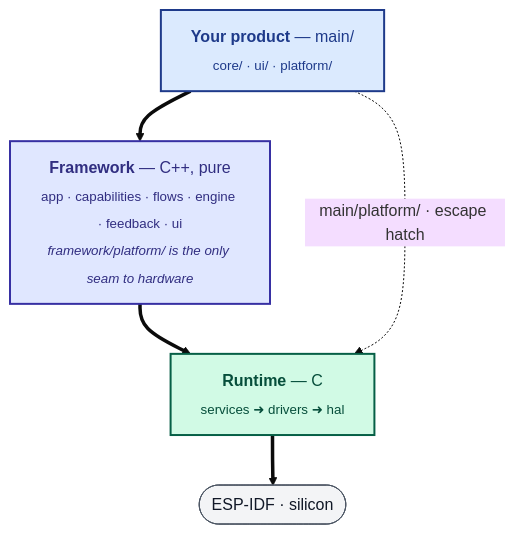
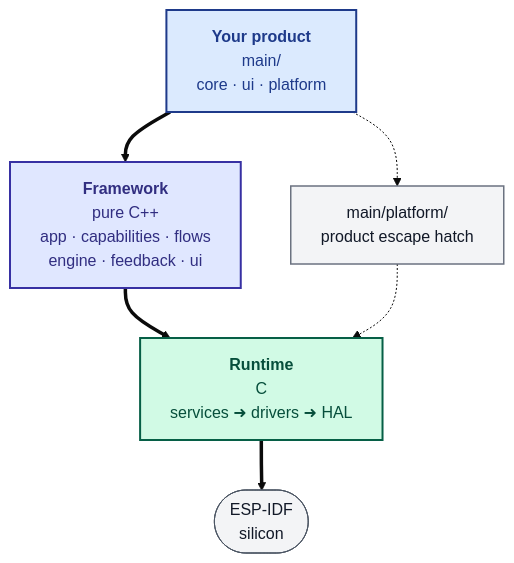
Before and after one commit to oguzkaganozt/blusys: the diagram in README.md, drawn with Mermaid (base theme).

Commit message:
docs: split escape hatch into its own node in architecture mermaid

````diff
--- a/README.md
+++ b/README.md
@@ -61,20 +61,24 @@
 ```mermaid
 flowchart TB
-    prod["<b>Your product</b> — main/<br/><sub>core/ · ui/ · platform/</sub>"]
-    fw["<b>Framework</b> — C++, pure<br/><sub>app · capabilities · flows · engine · feedback · ui</sub><br/><sub><i>framework/platform/ is the only seam to hardware</i></sub>"]
-    rt["<b>Runtime</b> — C<br/><sub>services ➜ drivers ➜ hal</sub>"]
-    idf([ESP-IDF · silicon])
+    prod["<b>Your product</b><br/>main/<br/>core · ui · platform"]
+    fw["<b>Framework</b><br/>pure C++<br/>app · capabilities · flows<br/>engine · feedback · ui"]
+    hatch["main/platform/<br/>product escape hatch"]
+    rt["<b>Runtime</b><br/>C<br/>services ➜ drivers ➜ HAL"]
+    idf([ESP-IDF<br/>silicon])
 
     prod ==> fw ==> rt ==> idf
-    prod -. "main/platform/ · escape hatch" .-> rt
+    prod -.-> hatch
+    hatch -.-> rt
 
     classDef a fill:#dbeafe,stroke:#1e3a8a,stroke-width:2px,color:#1e3a8a
     classDef b fill:#e0e7ff,stroke:#3730a3,stroke-width:2px,color:#312e81
     classDef c fill:#d1fae5,stroke:#065f46,stroke-width:2px,color:#064e3b
     classDef d fill:#f3f4f6,stroke:#4b5563,color:#111827
+    classDef note fill:#f3f4f6,stroke:#6b7280,stroke-width:1.5px,color:#111827
 
     class prod a
     class fw b
+    class hatch note
     class rt c
     class idf d
 ```
````
